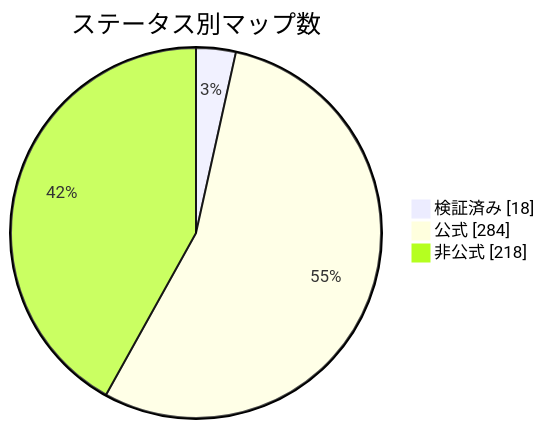
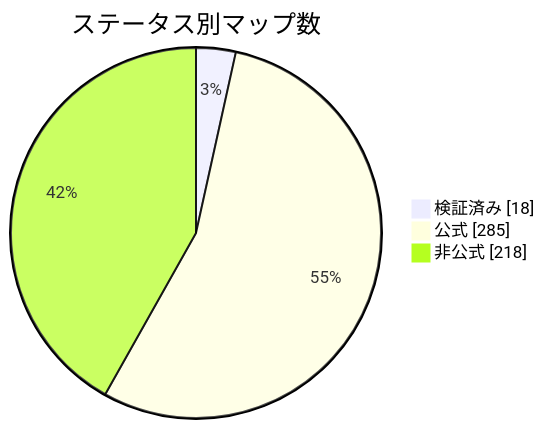
Before and after one commit to nobrega8/mbmap-library: the diagram in docs/readme/README_JP.md, drawn with Mermaid. The commit also changed 5 other files, not shown here.

````diff
--- a/docs/readme/README_JP.md
+++ b/docs/readme/README_JP.md
@@ -54,7 +54,7 @@
 ```mermaid
 pie showData
     title ステータス別マップ数
     "検証済み" : 18
-    "公式" : 284
+    "公式" : 285
     "非公式" : 218
 ```
````
